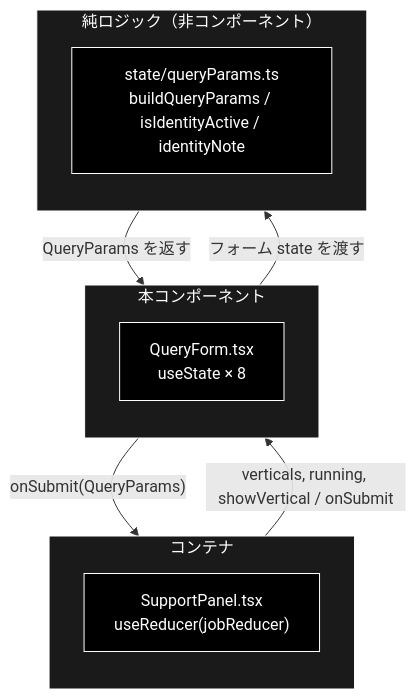
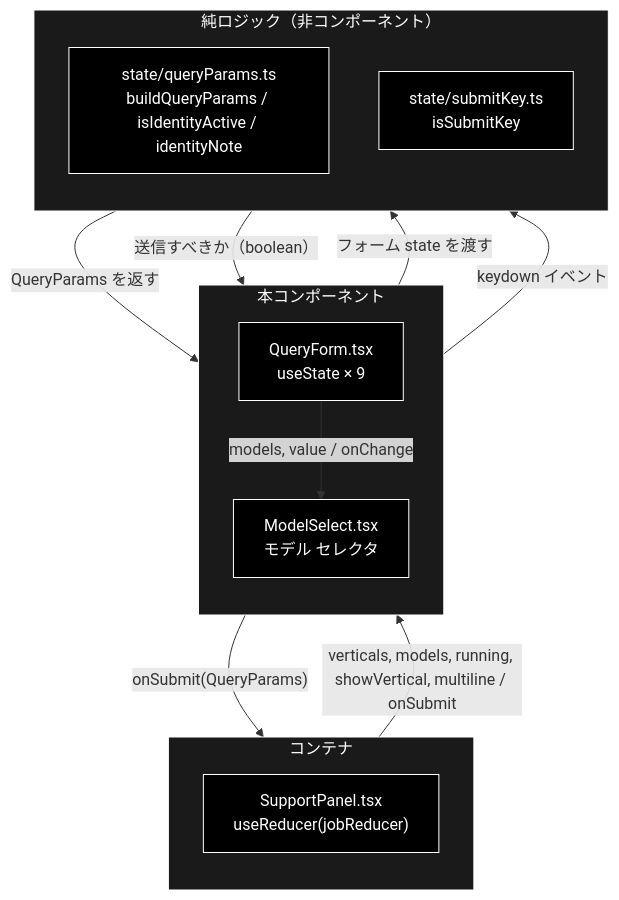
One commit to nakashima2toshio/grace_v2_local changed the first of 3 diagrams in frontend/docs/QueryForm.md. Above: the diagram before and after it, drawn with Mermaid. The commit also changed other lines of this file, not shown here.

First line of the commit message:
docs(frontend): QueryForm.md を実装に追いつかせる（v1.1）

````diff
--- a/frontend/docs/QueryForm.md
+++ b/frontend/docs/QueryForm.md
@@ -71,26 +74,31 @@
 ```mermaid
 flowchart TB
     subgraph Container["コンテナ"]
         direction TB
         SP["SupportPanel.tsx<br>useReducer(jobReducer)"]
     end
     subgraph Form["本コンポーネント"]
         direction TB
-        QF["QueryForm.tsx<br>useState × 8"]
+        QF["QueryForm.tsx<br>useState × 9"]
+        MS["ModelSelect.tsx<br>モデル セレクタ"]
     end
     subgraph Logic["純ロジック（非コンポーネント）"]
         direction TB
         QP["state/queryParams.ts<br>buildQueryParams / isIdentityActive / identityNote"]
+        SK["state/submitKey.ts<br>isSubmitKey"]
     end
 
-    SP -->|"verticals, running, showVertical / onSubmit"| QF
+    SP -->|"verticals, models, running, showVertical, multiline / onSubmit"| QF
+    QF -->|"models, value / onChange"| MS
     QF -->|"フォーム state を渡す"| QP
     QP -->|"QueryParams を返す"| QF
+    QF -->|"keydown イベント"| SK
+    SK -->|"送信すべきか（boolean）"| QF
     QF -->|"onSubmit(QueryParams)"| SP
 classDef default fill:#000,stroke:#fff,color:#fff
 classDef subgraphStyle fill:#1a1a1a,stroke:#fff,color:#fff
-class SP,QF,QP default
+class SP,QF,MS,QP,SK default
 style Container fill:#1a1a1a,stroke:#fff,color:#fff
 style Form fill:#1a1a1a,stroke:#fff,color:#fff
 style Logic fill:#1a1a1a,stroke:#fff,color:#fff
 ```
````
